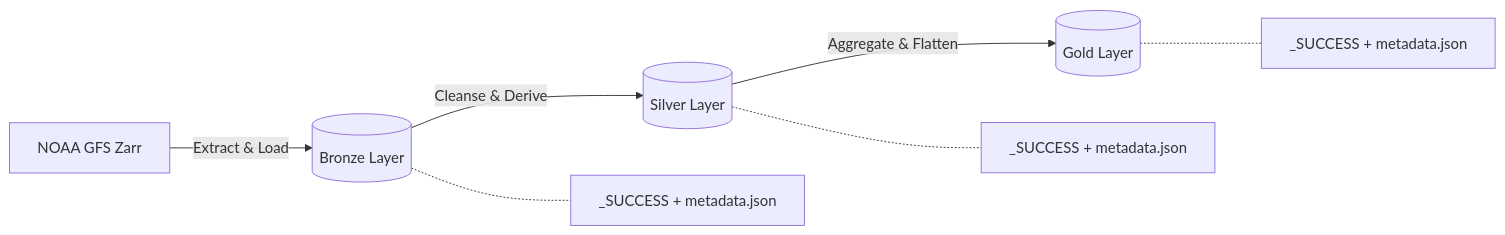
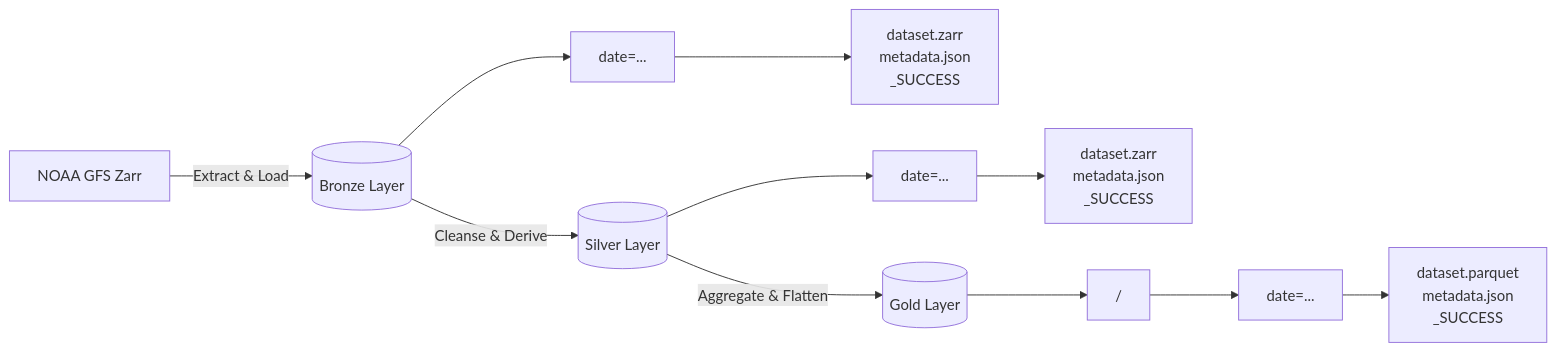
One commit to hugo-sch11/weather_elt changed the diagram in README.md. Above: the diagram before and after it, drawn with Mermaid. The commit also changed other lines of this file, not shown here.

````diff
--- a/README.md
+++ b/README.md
@@ -15,10 +15,15 @@
 ```mermaid
 graph LR
     Source[NOAA GFS Zarr] -->|Extract & Load| Bronze[(Bronze Layer)]
+    Bronze --> BDate["date=..."]
+    BDate --> BFiles["dataset.zarr<br/>metadata.json<br/>_SUCCESS"]
+
     Bronze -->|Cleanse & Derive| Silver[(Silver Layer)]
+    Silver --> SDate["date=..."]
+    SDate --> SFiles["dataset.zarr<br/>metadata.json<br/>_SUCCESS"]
+
     Silver -->|Aggregate & Flatten| Gold[(Gold Layer)]
-
-    Bronze -.- M1[_SUCCESS + metadata.json]
-    Silver -.- M2[_SUCCESS + metadata.json]
-    Gold -.- M3[_SUCCESS + metadata.json]
+    Gold --> GTransform["<transformation_name>/"]
+    GTransform --> GDate["date=..."]
+    GDate --> GFiles["dataset.parquet<br/>metadata.json<br/>_SUCCESS"]
 ```
````
